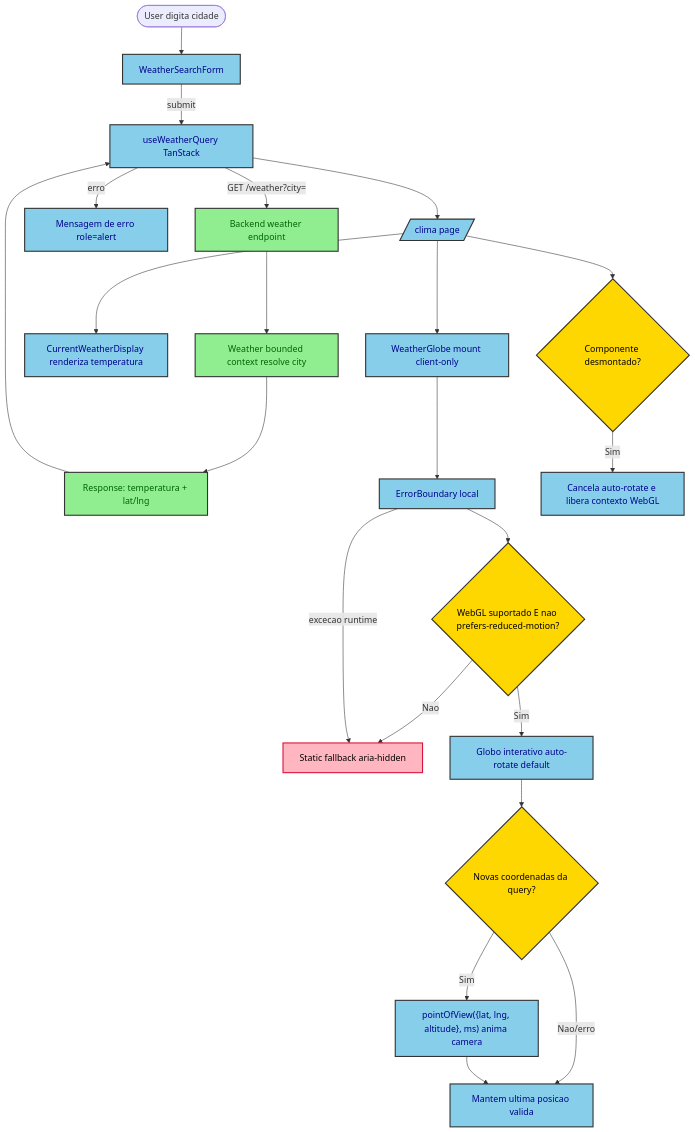
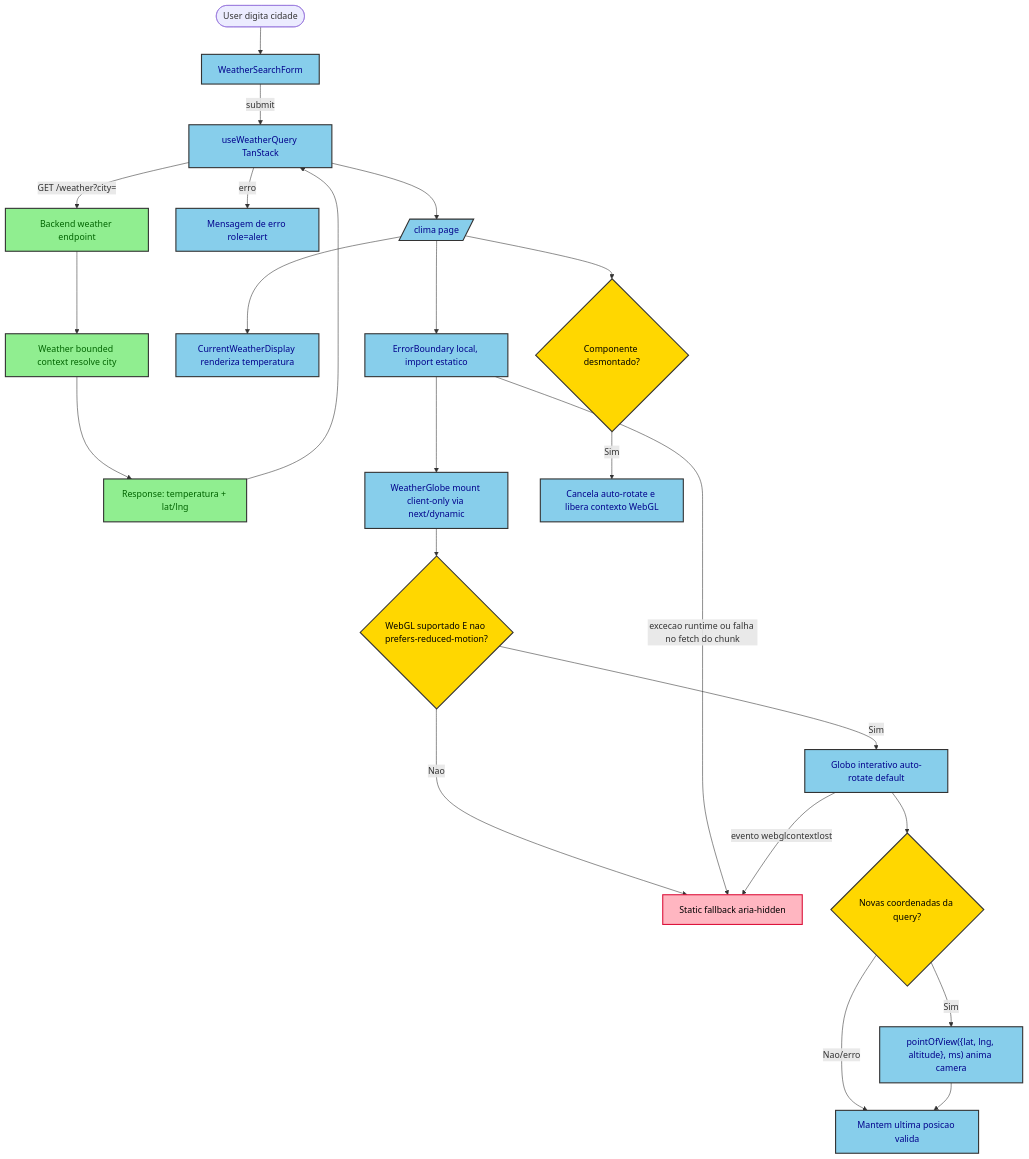
The diagram in docs/superpowers/weather-globe-clima/specs/diagrams/weather-globe-clima-design_01_flowchart_weatherglobe_data_fl.mmd (Cahmoraes/clean-arch-solid-ddd), drawn with Mermaid before and after one commit. The commit also changed 5 other files, not shown here.

First line of the commit message:
docs(weather-globe-clima): revisão crítica da spec + plano da task-08

```diff
--- a/docs/superpowers/weather-globe-clima/specs/diagrams/weather-globe-clima-design_01_flowchart_weatherglobe_data_fl.mmd
+++ b/docs/superpowers/weather-globe-clima/specs/diagrams/weather-globe-clima-design_01_flowchart_weatherglobe_data_fl.mmd
@@ -1,36 +1,37 @@
 flowchart TD
     Start([User digita cidade]) --> Form[WeatherSearchForm]
     Form -->|submit| Hook[useWeatherQuery TanStack]
     Hook -->|"GET /weather?city="| API[Backend weather endpoint]
     API --> Domain[Weather bounded context resolve city]
     Domain --> Response[Response: temperatura + lat/lng]
     Response --> Hook
 
     Hook -->|erro| Error[Mensagem de erro role=alert]
     Hook --> Page[/clima page/]
     Page --> Card[CurrentWeatherDisplay renderiza temperatura]
-    Page --> Globe[WeatherGlobe mount client-only]
+    Page --> Boundary[ErrorBoundary local, import estatico]
 
-    Globe --> Boundary[ErrorBoundary local]
-    Boundary --> Check{WebGL suportado E nao prefers-reduced-motion?}
+    Boundary --> Globe[WeatherGlobe mount client-only via next/dynamic]
+    Globe --> Check{WebGL suportado E nao prefers-reduced-motion?}
     Check -->|Nao| Fallback[Static fallback aria-hidden]
     Check -->|Sim| Interactive[Globo interativo auto-rotate default]
-    Boundary -->|excecao runtime| Fallback
+    Boundary -->|excecao runtime ou falha no fetch do chunk| Fallback
+    Interactive -->|evento webglcontextlost| Fallback
 
     Interactive --> NewCoords{Novas coordenadas da query?}
     NewCoords -->|Sim| Animate["pointOfView({lat, lng, altitude}, ms) anima camera"]
     NewCoords -->|Nao/erro| Idle[Mantem ultima posicao valida]
     Animate --> Idle
 
     Page --> Unmount{Componente desmontado?}
     Unmount -->|Sim| Cleanup[Cancela auto-rotate e libera contexto WebGL]
 
     classDef frontend fill:#87CEEB,stroke:#333,stroke-width:2px,color:darkblue
     classDef backend fill:#90EE90,stroke:#333,stroke-width:2px,color:darkgreen
     classDef decision fill:#FFD700,stroke:#333,stroke-width:2px,color:black
     classDef fallback fill:#FFB6C1,stroke:#DC143C,stroke-width:2px,color:black
 
     class Form,Hook,Page,Card,Globe,Boundary,Interactive,Animate,Idle,Cleanup,Error frontend
     class API,Domain,Response backend
     class Check,NewCoords,Unmount decision
     class Fallback fallback
```
